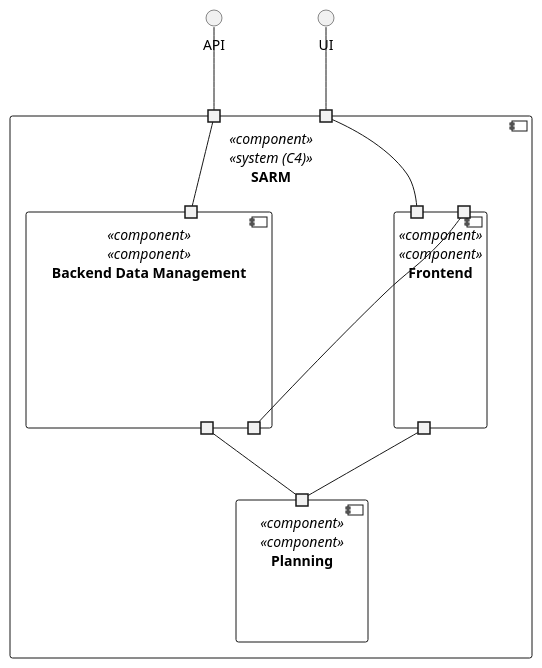
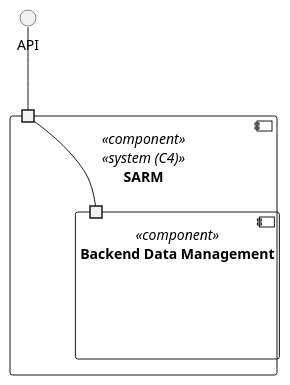
One commit to 1220846/sem5pi-24-25-3ddg20 changed the diagram in docs/views/level2/logic-view.puml. Above: the diagram before and after it, drawn with PlantUML. The commit also changed 3 other files, not shown here.

```diff
--- a/docs/views/level2/logic-view.puml
+++ b/docs/views/level2/logic-view.puml
@@ -1,37 +1,18 @@
-@startuml vista-logica
+@startuml logic-view
 top to bottom direction
 
-interface "UI" as UI
 interface "API" as API
 
 component "SARM" <<component>> <<system (C4)>> {
-    portin " " as SARMPI2
     portin " " as SARMPI
 
-    component "Backend Data Management" <<component>> <<component>>{
+    component "Backend Data Management" <<component>> {
         portin " " as BackendPI
-        portout " " as BackendPO
-        portout " " as BackendPO2
-    }
-
-    component "Frontend" <<component>> <<component>>{
-        portin " " as FrontendPI
-        portout " " as FrontendPO
-        portin " " as FrontendPI2
-    }
-
-    component "Planning" <<component>> <<component>>{
-        portin " " as PlanningPI
     }
 
 }
 
-UI -- SARMPI
-API -- SARMPI2
-SARMPI -- FrontendPI
-SARMPI2 -- BackendPI
-PlanningPI -u- BackendPO
-PlanningPI -u- FrontendPO
-FrontendPI2 --- BackendPO2
+API -- SARMPI
+SARMPI -- BackendPI
 
 @enduml
```
